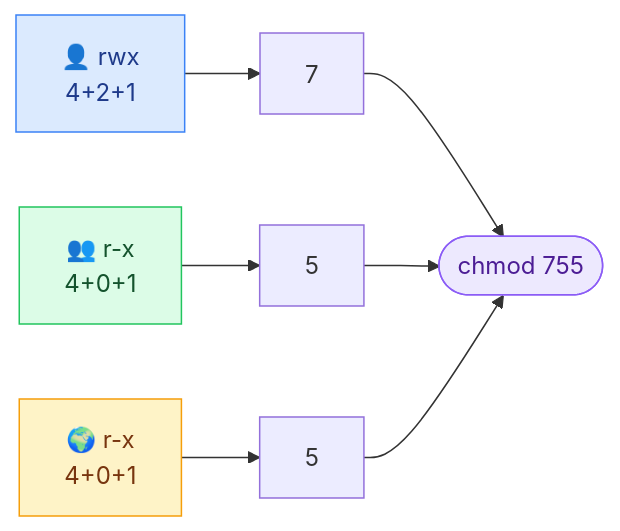
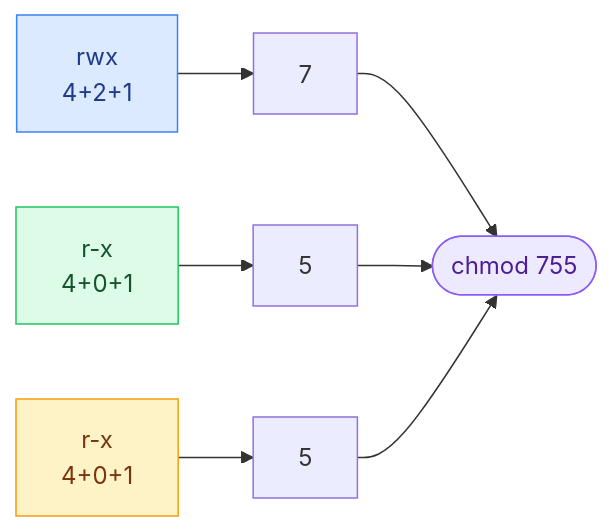
The third of 4 diagrams in methodologie-securite-it/linux/07-permissions.md (GoobyWoobies/HEIA-IT), drawn with Mermaid before and after one commit. The commit also changed other lines of this file and 24 other files, not shown here.

````diff
--- a/methodologie-securite-it/linux/07-permissions.md
+++ b/methodologie-securite-it/linux/07-permissions.md
@@ -201,14 +201,14 @@
 ```mermaid
 flowchart LR
-    U["👤 rwx<br/>4+2+1"] --> U7["7"]
-    G["👥 r-x<br/>4+0+1"] --> G5["5"]
-    O["🌍 r-x<br/>4+0+1"] --> O5["5"]
+    U["rwx<br/>4+2+1"] --> U7["7"]
+    G["r-x<br/>4+0+1"] --> G5["5"]
+    O["r-x<br/>4+0+1"] --> O5["5"]
     U7 --> R(["chmod 755"])
     G5 --> R
     O5 --> R
 
     style U fill:#dbeafe,stroke:#3b82f6,color:#1e3a8a
     style G fill:#dcfce7,stroke:#22c55e,color:#14532d
     style O fill:#fef3c7,stroke:#f59e0b,color:#78350f
     style R fill:#ede9fe,stroke:#8b5cf6,color:#4c1d95
 ```
````
